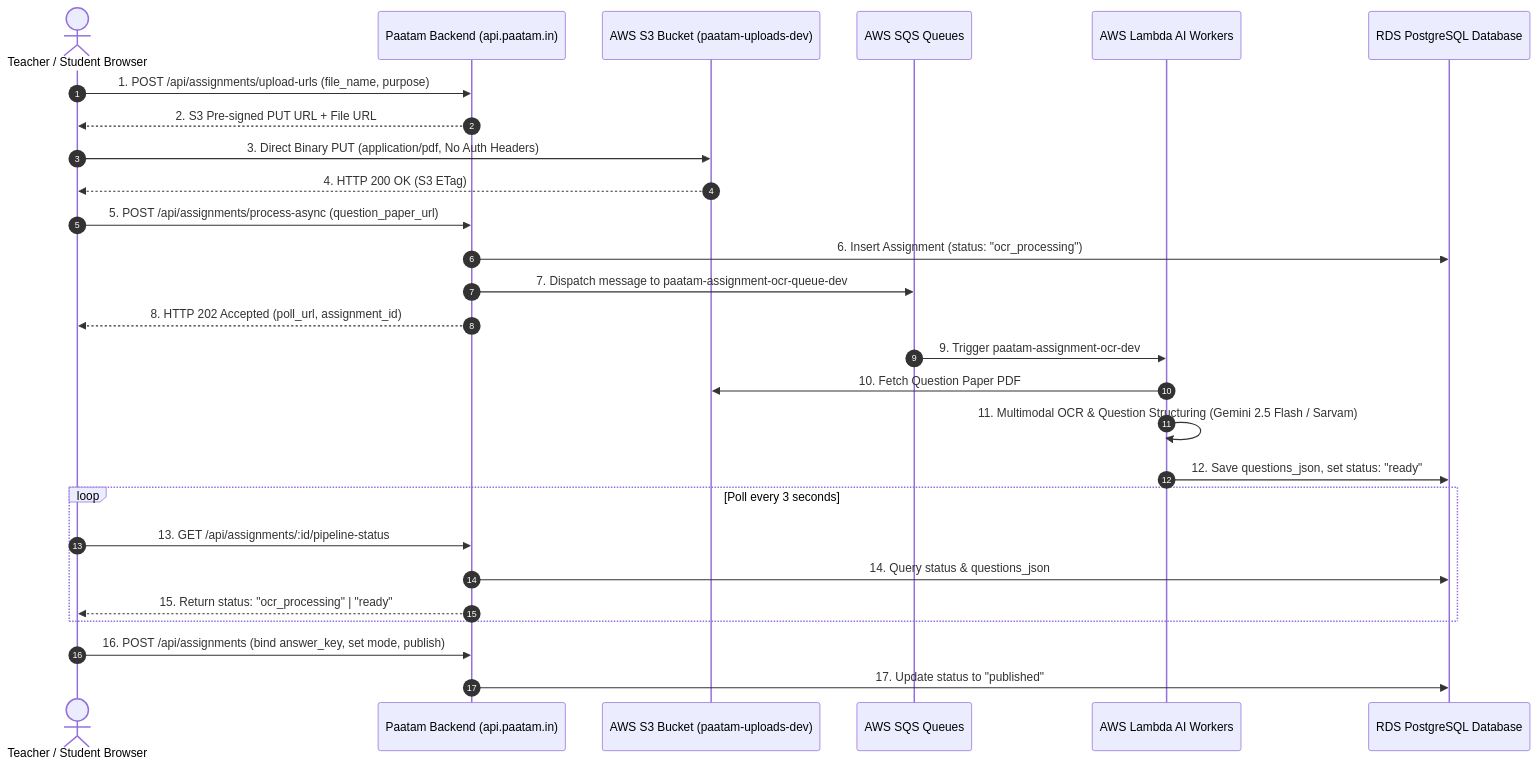
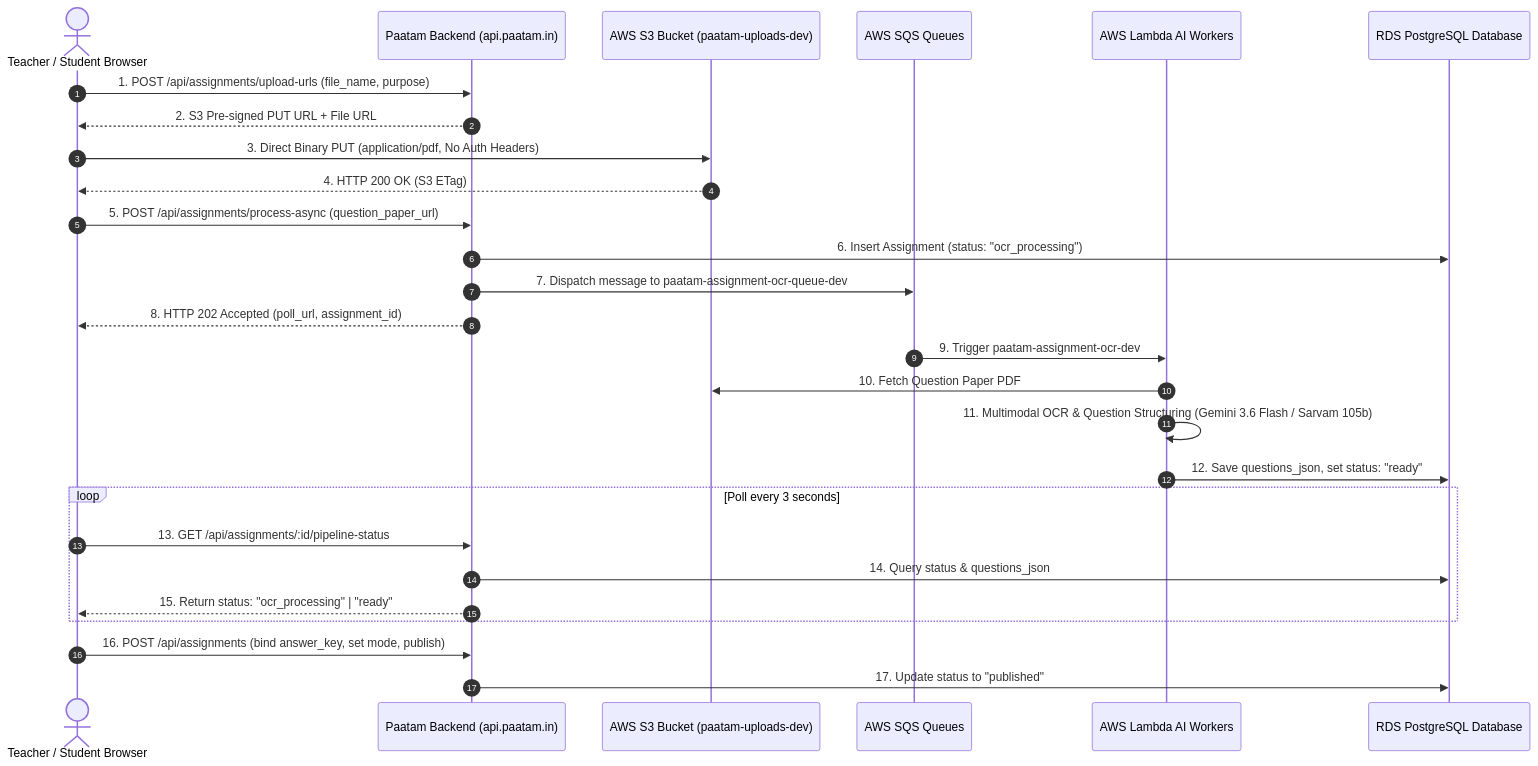
The first of 5 diagrams in API_DOCS.md (phanidharguttikonda0/Paatam), drawn with Mermaid before and after one commit. The commit also changed other lines of this file, not shown here.

Commit message:
docs: enrich API_DOCS.md with frontend AI agent integration specs and RAG ingestion flow

````diff
--- a/API_DOCS.md
+++ b/API_DOCS.md
@@ -3776,37 +3808,37 @@
 ```mermaid
 sequenceDiagram
     autonumber
     actor Teacher as Teacher / Student Browser
     participant API as Paatam Backend (api.paatam.in)
     participant S3 as AWS S3 Bucket (paatam-uploads-dev)
     participant SQS as AWS SQS Queues
     participant Lambda as AWS Lambda AI Workers
     participant DB as RDS PostgreSQL Database
 
     %% Upload & Extraction Phase
     Teacher->>API: 1. POST /api/assignments/upload-urls (file_name, purpose)
     API-->>Teacher: 2. S3 Pre-signed PUT URL + File URL
     Teacher->>S3: 3. Direct Binary PUT (application/pdf, No Auth Headers)
     S3-->>Teacher: 4. HTTP 200 OK (S3 ETag)
     Teacher->>API: 5. POST /api/assignments/process-async (question_paper_url)
     API->>DB: 6. Insert Assignment (status: "ocr_processing")
     API->>SQS: 7. Dispatch message to paatam-assignment-ocr-queue-dev
     API-->>Teacher: 8. HTTP 202 Accepted (poll_url, assignment_id)
     
     %% Async OCR Worker
     SQS->>Lambda: 9. Trigger paatam-assignment-ocr-dev
     Lambda->>S3: 10. Fetch Question Paper PDF
-    Lambda->>Lambda: 11. Multimodal OCR & Question Structuring (Gemini 2.5 Flash / Sarvam)
+    Lambda->>Lambda: 11. Multimodal OCR & Question Structuring (Gemini 3.6 Flash / Sarvam 105b)
     Lambda->>DB: 12. Save questions_json, set status: "ready"
     
     %% Polling
     loop Poll every 3 seconds
         Teacher->>API: 13. GET /api/assignments/:id/pipeline-status
         API->>DB: 14. Query status & questions_json
         API-->>Teacher: 15. Return status: "ocr_processing" | "ready"
     end
 
     %% Phase 2: Review & Publish
     Teacher->>API: 16. POST /api/assignments (bind answer_key, set mode, publish)
     API->>DB: 17. Update status to "published"
 ```
````
